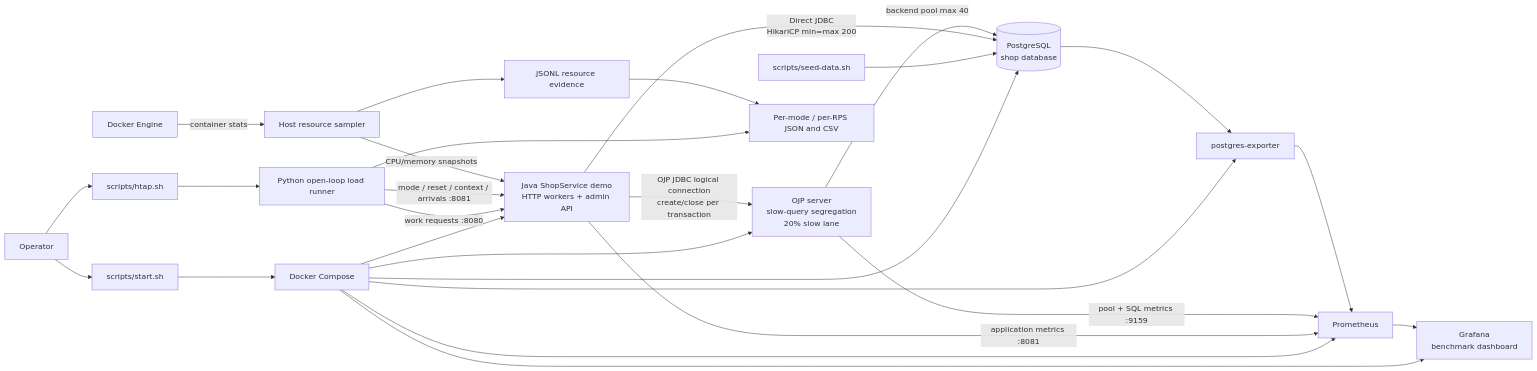
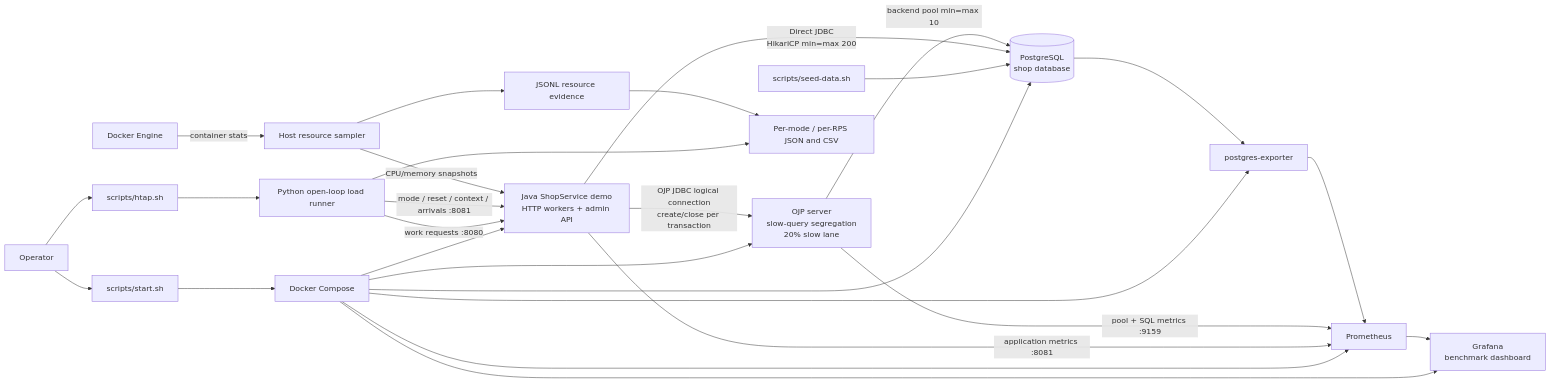
The diagram in README.md (Open-J-Proxy/ojp-live-demo), drawn with Mermaid before and after one commit. The commit also changed other lines of this file and 7 other files, not shown here.

Commit message:
Default OJP backend pool to min 10 / max 10

````diff
--- a/README.md
+++ b/README.md
@@ -91,29 +91,29 @@
 ```mermaid
 flowchart LR
     Operator["Operator"] --> Start["scripts/start.sh"]
     Operator --> HTAP["scripts/htap.sh"]
     Start --> Compose["Docker Compose"]
     Compose --> PG[("PostgreSQL<br/>shop database")]
     Compose --> App["Java ShopService demo<br/>HTTP workers + admin API"]
     Compose --> OJP["OJP server<br/>slow-query segregation<br/>20% slow lane"]
     Compose --> Exporter["postgres-exporter"]
     Compose --> Prom["Prometheus"]
     Compose --> Grafana["Grafana<br/>benchmark dashboard"]
     Seed["scripts/seed-data.sh"] --> PG
     HTAP --> Load["Python open-loop load runner"]
     Load -->|"work requests :8080"| App
     Load -->|"mode / reset / context / arrivals :8081"| App
     App -->|"Direct JDBC<br/>HikariCP min=max 200"| PG
     App -->|"OJP JDBC logical connection<br/>create/close per transaction"| OJP
-    OJP -->|"backend pool max 40"| PG
+    OJP -->|"backend pool min=max 10"| PG
     PG --> Exporter
     App -->|"application metrics :8081"| Prom
     OJP -->|"pool + SQL metrics :9159"| Prom
     Exporter --> Prom
     Docker["Docker Engine"] -->|"container stats"| Sampler["Host resource sampler"]
     Sampler -->|"CPU/memory snapshots"| App
     Sampler --> Results["JSONL resource evidence"]
     Load --> Results2["Per-mode / per-RPS JSON and CSV"]
     Results --> Results2
     Prom --> Grafana
 ```
````
